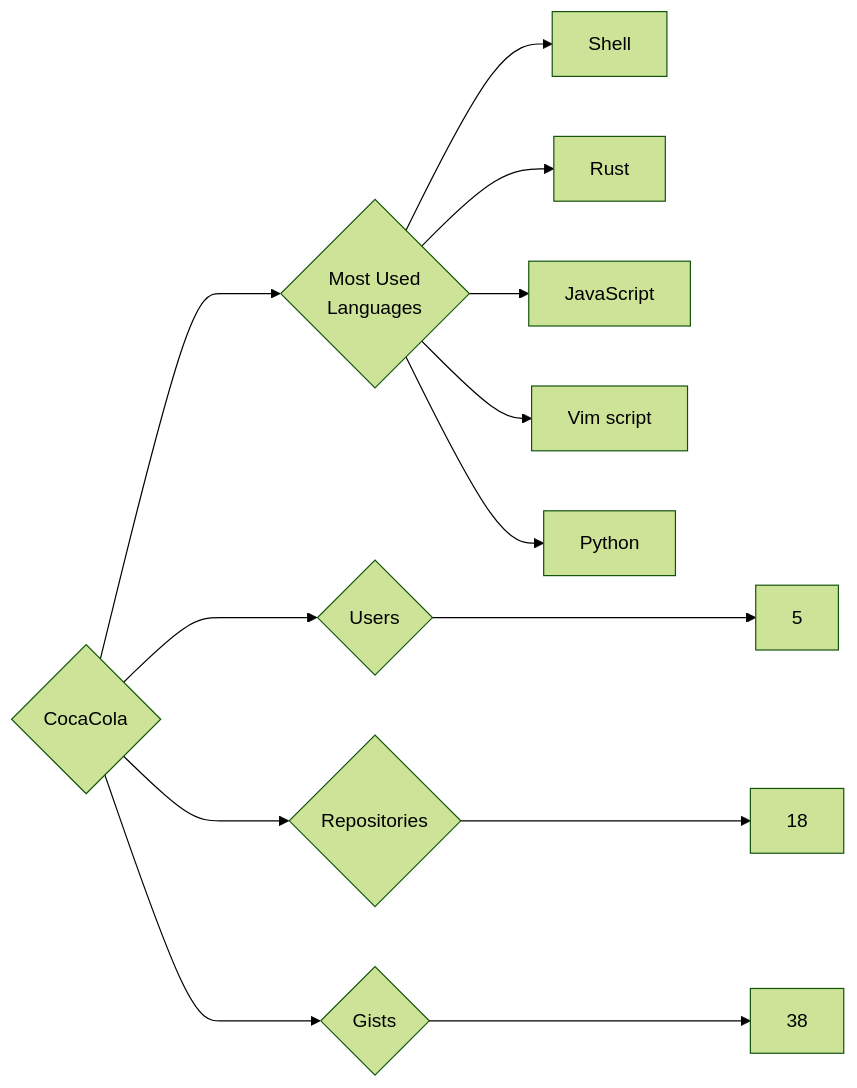
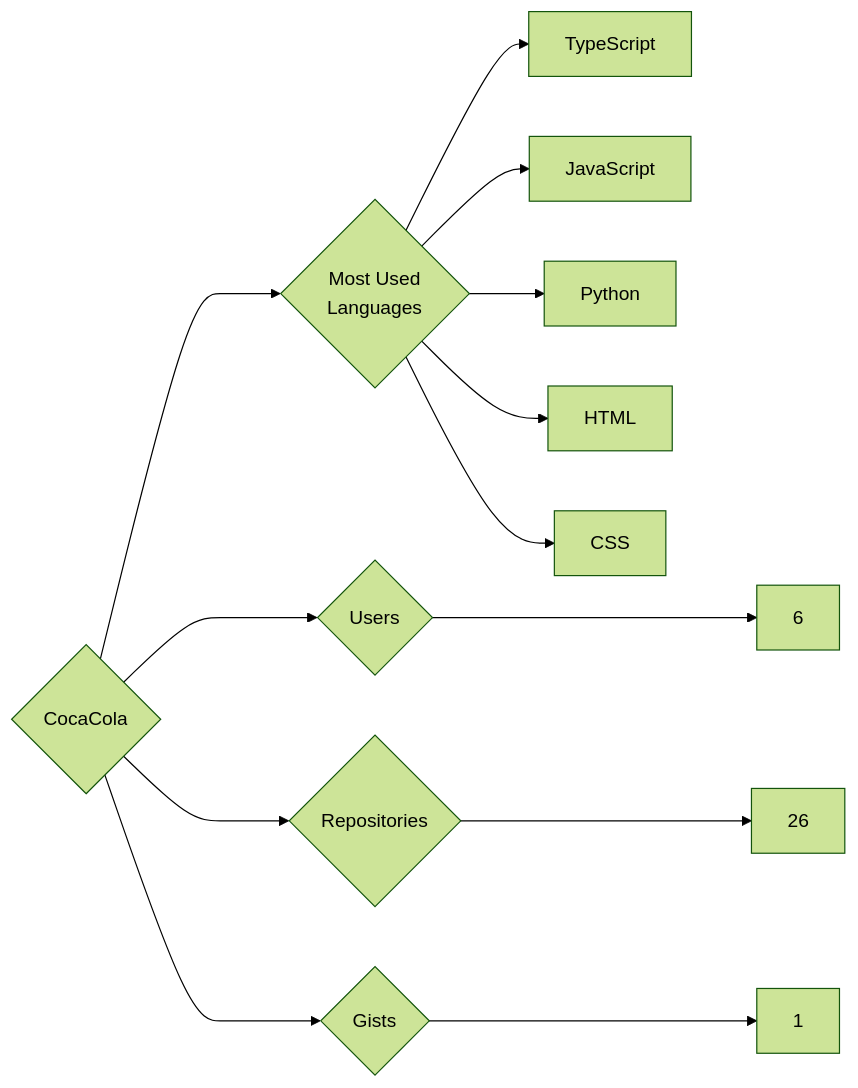
Before and after one commit to trickest/insiders: the diagram in targets/CocaCola/README.md, drawn with Mermaid (forest theme). The commit also changed 847 other files, not shown here.

````diff
--- a/targets/CocaCola/README.md
+++ b/targets/CocaCola/README.md
@@ -3,13 +3,13 @@
 ```mermaid
 graph LR
 COMPANY_NAME{CocaCola}
-COMPANY_NAME ---> U{Users} ---> UN[5]
-COMPANY_NAME ---> R{Repositories} ---> RN[18]
-COMPANY_NAME ---> G{Gists} ---> GN[38]
+COMPANY_NAME ---> U{Users} ---> UN[6]
+COMPANY_NAME ---> R{Repositories} ---> RN[26]
+COMPANY_NAME ---> G{Gists} ---> GN[1]
 COMPANY_NAME ---> ML{Most Used<br>Languages}
-ML --> Shell[Shell]
-ML --> Rust[Rust]
+ML --> TypeScript[TypeScript]
 ML --> JavaScript[JavaScript]
-ML --> Vim_script[Vim script]
 ML --> Python[Python]
+ML --> HTML[HTML]
+ML --> CSS[CSS]
 ```
````
